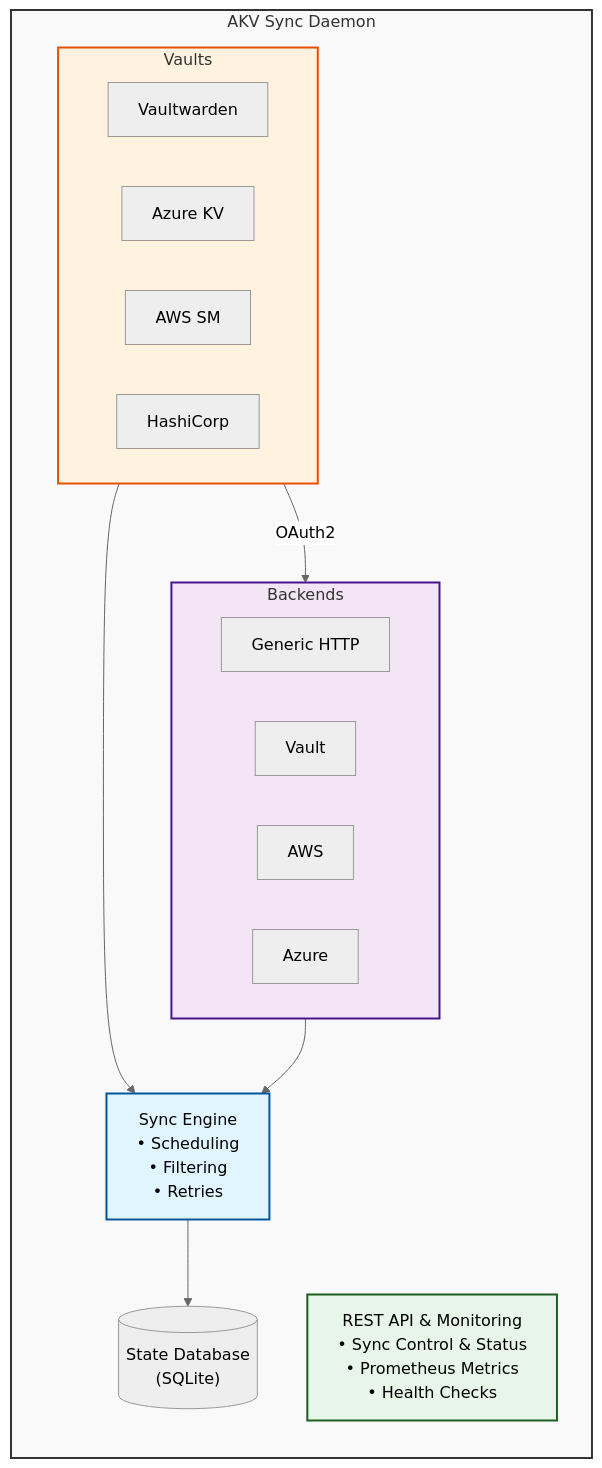
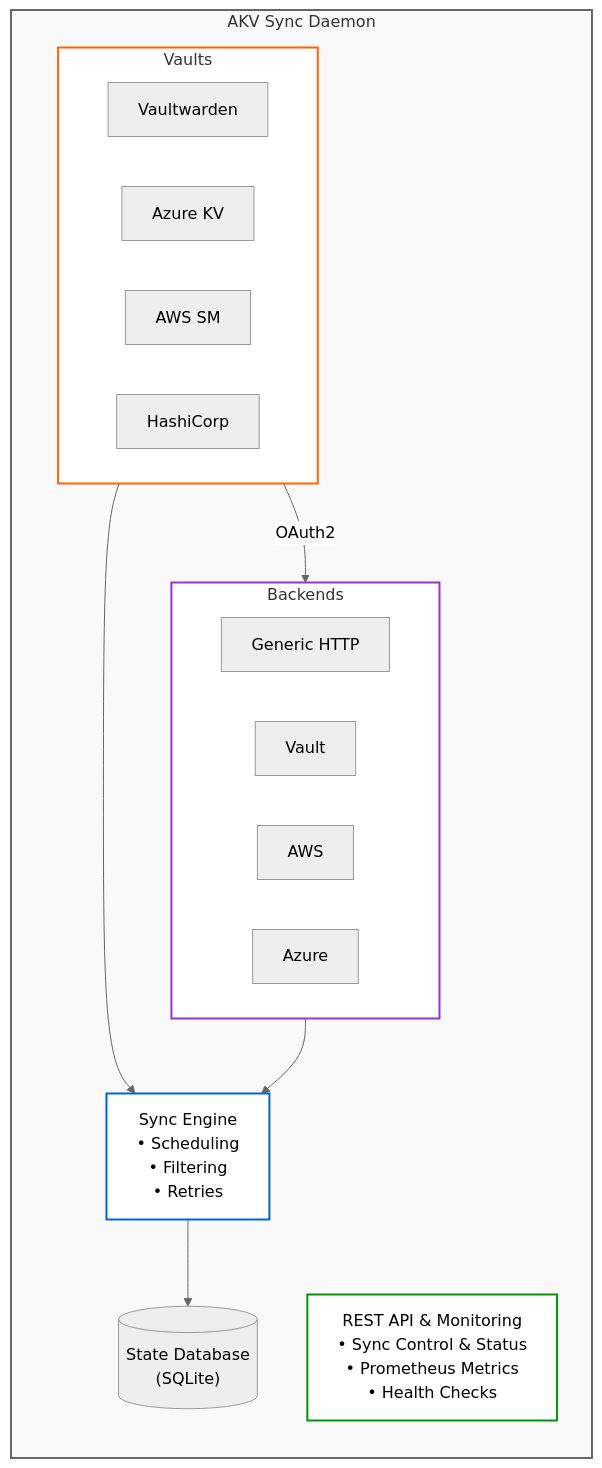
The diagram in docs/index.md (pacorreia/vaults-syncer), drawn with Mermaid (neutral theme) before and after one commit. The commit also changed 2 other files, not shown here.

Commit message:
Improve diagram readability with better color contrast

````diff
--- a/docs/index.md
+++ b/docs/index.md
@@ -99,38 +99,38 @@
 ```mermaid
 graph TB
     subgraph daemon["AKV Sync Daemon"]
         direction TB
         
         subgraph vaults["Vaults"]
             vw["Vaultwarden"]
             akv["Azure KV"]
             aws["AWS SM"]
             hc["HashiCorp"]
         end
         
         subgraph backends["Backends"]
             http["Generic HTTP"]
             vault["Vault"]
             awsb["AWS"]
             azure["Azure"]
         end
         
         vaults -->|OAuth2| backends
         
         engine["Sync Engine<br/>• Scheduling<br/>• Filtering<br/>• Retries"]
         
         vaults --> engine
         backends --> engine
         
         db[("State Database<br/>(SQLite)")]
         engine --> db
         
         api["REST API & Monitoring<br/>• Sync Control & Status<br/>• Prometheus Metrics<br/>• Health Checks"]
     end
     
-    style daemon fill:#f9f9f9,stroke:#333,stroke-width:2px
-    style engine fill:#e1f5ff,stroke:#01579b,stroke-width:2px
-    style vaults fill:#fff3e0,stroke:#e65100,stroke-width:2px
-    style backends fill:#f3e5f5,stroke:#4a148c,stroke-width:2px
-    style api fill:#e8f5e9,stroke:#1b5e20,stroke-width:2px
+    style daemon fill:#f9f9f9,stroke:#666,stroke-width:2px
+    style engine fill:#fff,stroke:#0066cc,stroke-width:2px
+    style vaults fill:#fff,stroke:#ff6600,stroke-width:2px
+    style backends fill:#fff,stroke:#9933cc,stroke-width:2px
+    style api fill:#fff,stroke:#009900,stroke-width:2px
 ```
````
